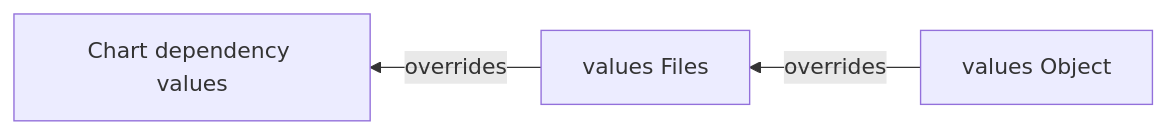
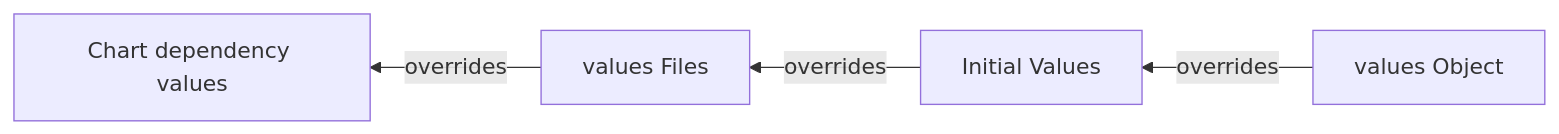
The second of 4 diagrams in README.md (lansweeper-oss/helm-dryer), drawn with Mermaid before and after one commit. The commit also changed other lines of this file and 14 other files, not shown here.

First line of the commit message:
feat: add initial values parameter (#41)

````diff
--- a/README.md
+++ b/README.md
@@ -116,5 +117,6 @@
 ```mermaid
 graph RL
 B[values Files] -->|overrides| A[Chart dependency values]
-C[values Object] -->|overrides| B
+D[Initial Values] -->|overrides| B
+C[values Object] -->|overrides| D
 ```
````
